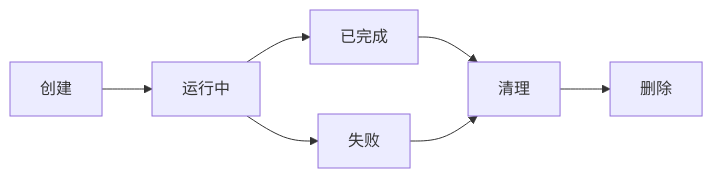
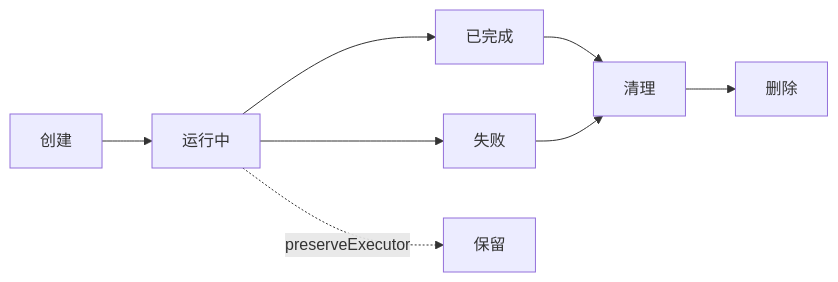
Before and after one commit to wecode-ai/Wegent: the second of 3 diagrams in docs/zh/developer-guide/architecture.md, drawn with Mermaid. The commit also changed other lines of this file and 3 other files, not shown here.

First line of the commit message:
docs: update architecture documentation with latest features

````diff
--- a/docs/zh/developer-guide/architecture.md
+++ b/docs/zh/developer-guide/architecture.md
@@ -226,9 +373,10 @@
 ```mermaid
 graph LR
     Created["创建"] --> Running["运行中"]
     Running --> Completed["已完成"]
     Running --> Failed["失败"]
     Completed --> Cleanup["清理"]
     Failed --> Cleanup
     Cleanup --> Deleted["删除"]
+    Running -.-> |preserveExecutor| Preserved["保留"]
 ```
````
